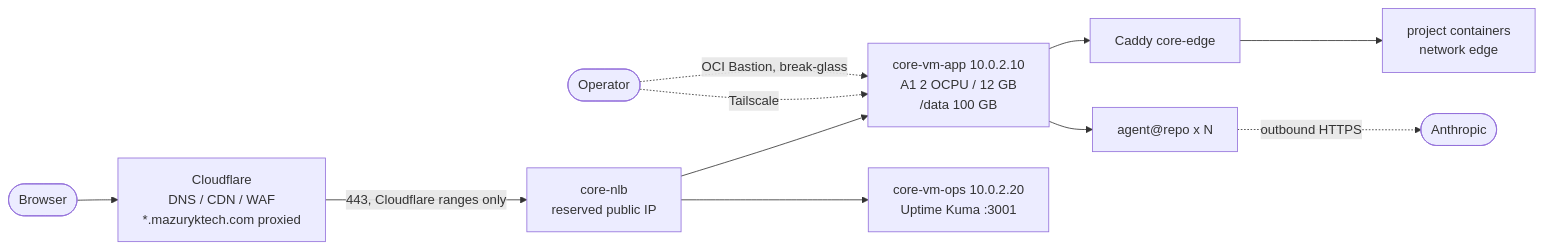
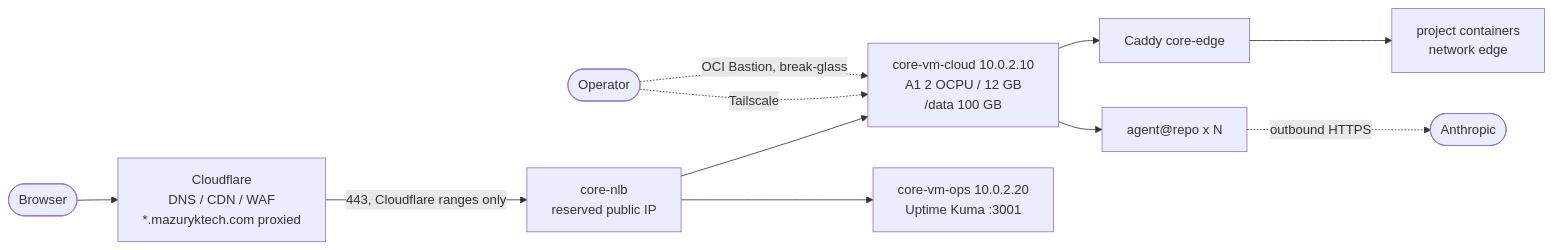
Before and after one commit to nicolasMazuryk/oci-free-tier-platform: the diagram in README.md, drawn with Mermaid. The commit also changed other lines of this file and 39 other files, not shown here.

First line of the commit message:
refactor: rename the app VM to `cloud` everywhere (zero destroys)

````diff
--- a/README.md
+++ b/README.md
@@ -15,12 +15,12 @@
 ```mermaid
 flowchart LR
   user([Browser]) --> cf[Cloudflare<br/>DNS / CDN / WAF<br/>*.mazuryktech.com proxied]
   cf -->|"443, Cloudflare ranges only"| nlb[core-nlb<br/>reserved public IP]
-  nlb --> app["core-vm-app 10.0.2.10<br/>A1 2 OCPU / 12 GB<br/>/data 100 GB"]
-  app --> caddy[Caddy core-edge] --> web[project containers<br/>network edge]
-  app --> agents["agent@repo x N"]
+  nlb --> cloud["core-vm-cloud 10.0.2.10<br/>A1 2 OCPU / 12 GB<br/>/data 100 GB"]
+  cloud --> caddy[Caddy core-edge] --> web[project containers<br/>network edge]
+  cloud --> agents["agent@repo x N"]
   agents -. outbound HTTPS .-> anthropic([Anthropic])
   nlb --> ops["core-vm-ops 10.0.2.20<br/>Uptime Kuma :3001"]
-  op([Operator]) -. Tailscale .-> app
-  op -. OCI Bastion, break-glass .-> app
+  op([Operator]) -. Tailscale .-> cloud
+  op -. OCI Bastion, break-glass .-> cloud
 ```
````
